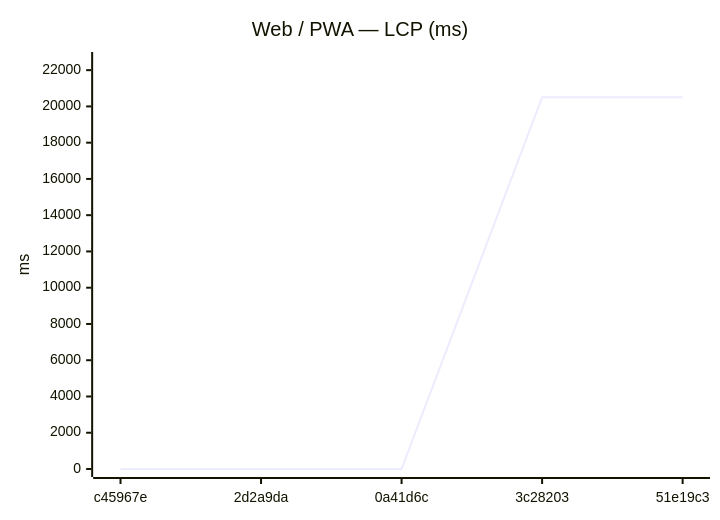
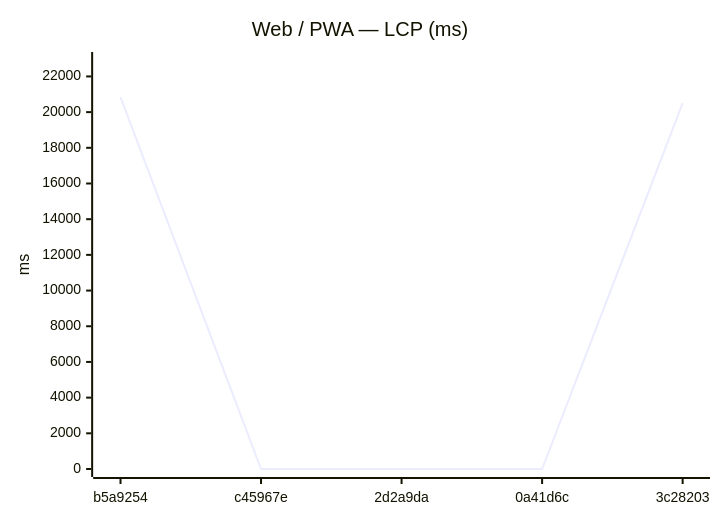
Before and after one commit to Metaheurist/Rianell: the seventh of 18 diagrams in benchmarks/compare.md, drawn with Mermaid. The commit also changed other lines of this file and 11 other files, not shown here.

````diff
--- a/benchmarks/compare.md
+++ b/benchmarks/compare.md
@@ -117,7 +117,7 @@
 ```mermaid
 xychart-beta
     title "Web / PWA — LCP (ms)"
-    x-axis ["c45967e", "2d2a9da", "0a41d6c", "3c28203", "51e19c3"]
-    y-axis "ms" 0 --> 22560
-    line [0, 0, 0, 20503, 20509]
+    x-axis ["b5a9254", "c45967e", "2d2a9da", "0a41d6c", "3c28203"]
+    y-axis "ms" 0 --> 22921
+    line [20837, 0, 0, 0, 20503]
 ```
````
